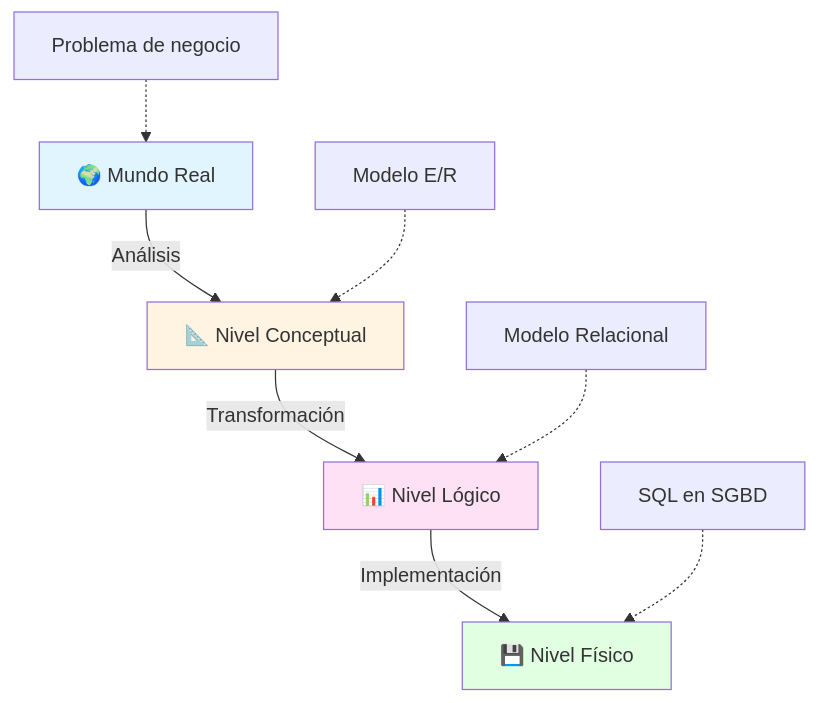
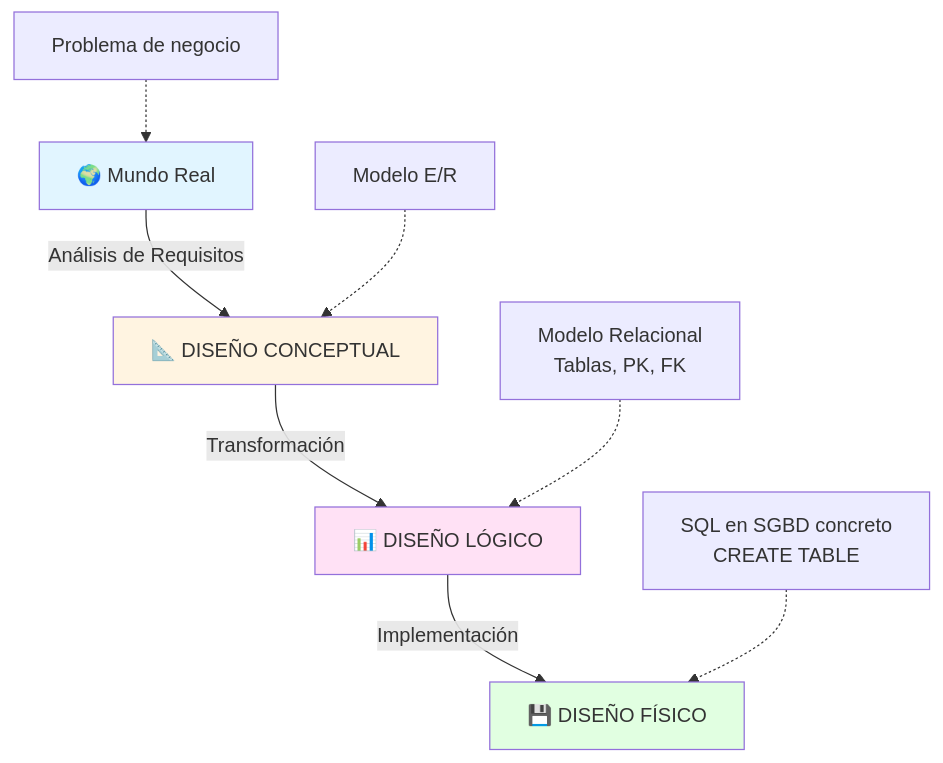
Before and after one commit to martalopezron92/1DAW-BBDD: the first of 20 diagrams in presentaciones/Presentacion_UD2_Apartados_1_y_2_Detallada.md, drawn with Mermaid. The commit also changed other lines of this file, not shown here.

````diff
--- a/presentaciones/Presentacion_UD2_Apartados_1_y_2_Detallada.md
+++ b/presentaciones/Presentacion_UD2_Apartados_1_y_2_Detallada.md
@@ -70,16 +98,16 @@
 ```mermaid
 flowchart TD
-    A[🌍 Mundo Real] -->|Análisis| B[📐 Nivel Conceptual]
-    B -->|Transformación| C[📊 Nivel Lógico]
-    C -->|Implementación| D[💾 Nivel Físico]
+    A[🌍 Mundo Real] -->|Análisis de Requisitos| B[📐 DISEÑO CONCEPTUAL]
+    B -->|Transformación| C[📊 DISEÑO LÓGICO]
+    C -->|Implementación| D[💾 DISEÑO FÍSICO]
     
     A2[Problema de negocio] -.-> A
     B2[Modelo E/R] -.-> B
-    C2[Modelo Relacional] -.-> C
-    D2[SQL en SGBD] -.-> D
+    C2[Modelo Relacional<br/>Tablas, PK, FK] -.-> C
+    D2[SQL en SGBD concreto<br/>CREATE TABLE] -.-> D
     
     style A fill:#e1f5ff
     style B fill:#fff4e1
     style C fill:#ffe1f5
     style D fill:#e1ffe1
 ```
````
